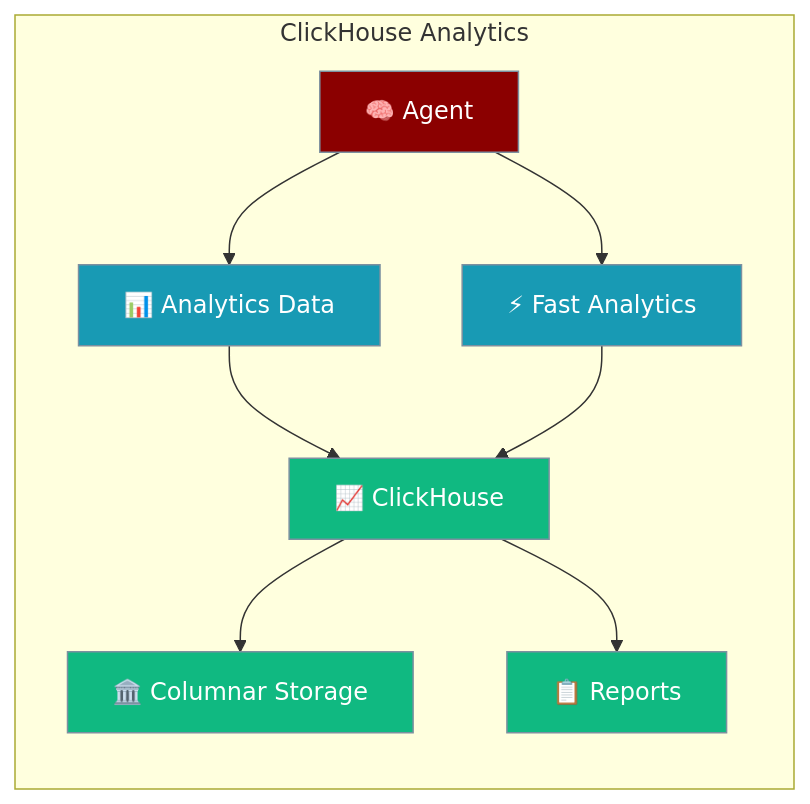
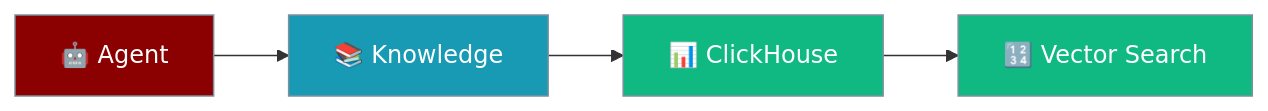
The first of 2 diagrams in docs/features/persistence-clickhouse.mdx (MervinPraison/PraisonAIDocs), drawn with Mermaid before and after one commit. The commit also changed other lines of this file and 4 other files, not shown here.

````diff
--- a/docs/features/persistence-clickhouse.mdx
+++ b/docs/features/persistence-clickhouse.mdx
@@ -10,19 +25,14 @@
 ```mermaid
 graph LR
-    subgraph "ClickHouse Analytics"
-        A[🧠 Agent] --> B[📊 Analytics Data]
-        B --> C[📈 ClickHouse]
-        C --> D[🏛️ Columnar Storage]
-        A --> E[⚡ Fast Analytics]
-        E --> C
-        C --> F[📋 Reports]
-    end
-    
+    Agent[🤖 Agent] --> Knowledge[📚 Knowledge]
+    Knowledge --> CH[📊 ClickHouse]
+    CH --> Vectors[🔢 Vector Search]
+
     classDef agent fill:#8B0000,stroke:#7C90A0,color:#fff
     classDef data fill:#189AB4,stroke:#7C90A0,color:#fff
     classDef storage fill:#10B981,stroke:#7C90A0,color:#fff
-    
-    class A agent
-    class B,E data
-    class C,D,F storage
+
+    class Agent agent
+    class Knowledge data
+    class CH,Vectors storage
 ```
````
